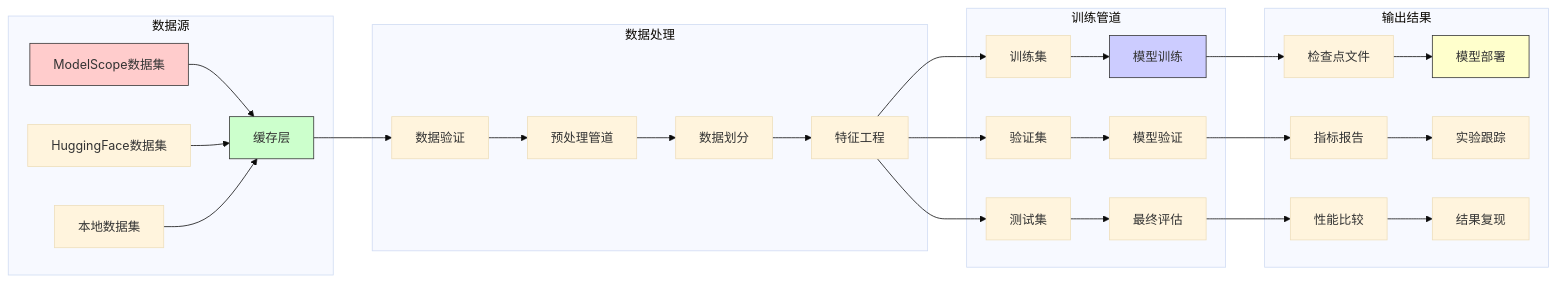
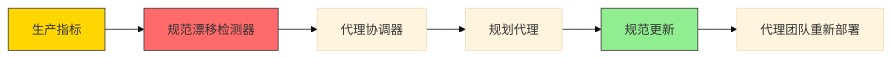
The fifth of 9 diagrams in README.md (ouyangshixiong/context-engineering-zh), drawn with Mermaid (base theme) before and after one commit. The commit also changed other lines of this file and 24 other files, not shown here.

````diff
--- a/README.md
+++ b/README.md
@@ -86,40 +306,12 @@
 ```mermaid
 graph LR
-    subgraph "数据源"
-        A[ModelScope数据集] --> B[缓存层]
-        C[HuggingFace数据集] --> B
-        D[本地数据集] --> B
-    end
+    A[生产指标] --> B[规范漂移检测器]
+    B --> C[代理协调器]
+    C --> D[规划代理]
+    D --> E[规范更新]
+    E --> F[代理团队重新部署]
     
-    subgraph "数据处理"
-        B --> E[数据验证]
-        E --> F[预处理管道]
-        F --> G[数据划分]
-        G --> H[特征工程]
-    end
-    
-    subgraph "训练管道"
-        H --> I[训练集]
-        H --> J[验证集]
-        H --> K[测试集]
-        
-        I --> L[模型训练]
-        J --> M[模型验证]
-        K --> N[最终评估]
-    end
-    
-    subgraph "输出结果"
-        L --> O[检查点文件]
-        M --> P[指标报告]
-        N --> Q[性能比较]
-        
-        O --> R[模型部署]
-        P --> S[实验跟踪]
-        Q --> T[结果复现]
-    end
-    
-    style A fill:#ffcccc,stroke:#333
-    style B fill:#ccffcc,stroke:#333
-    style L fill:#ccccff,stroke:#333
-    style R fill:#ffffcc,stroke:#333
+    style A fill:#FFD700,stroke:#333
+    style B fill:#FF6B6B,stroke:#333
+    style E fill:#90EE90,stroke:#333
 ```
````
